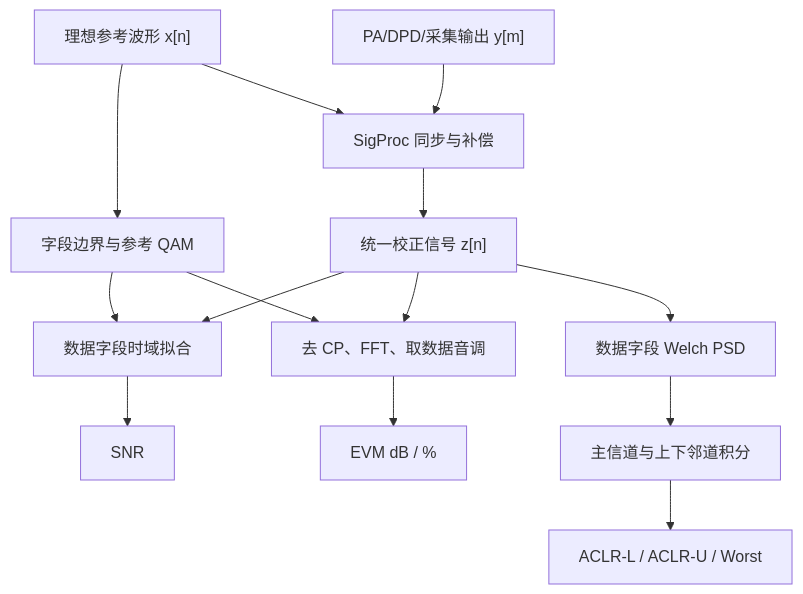
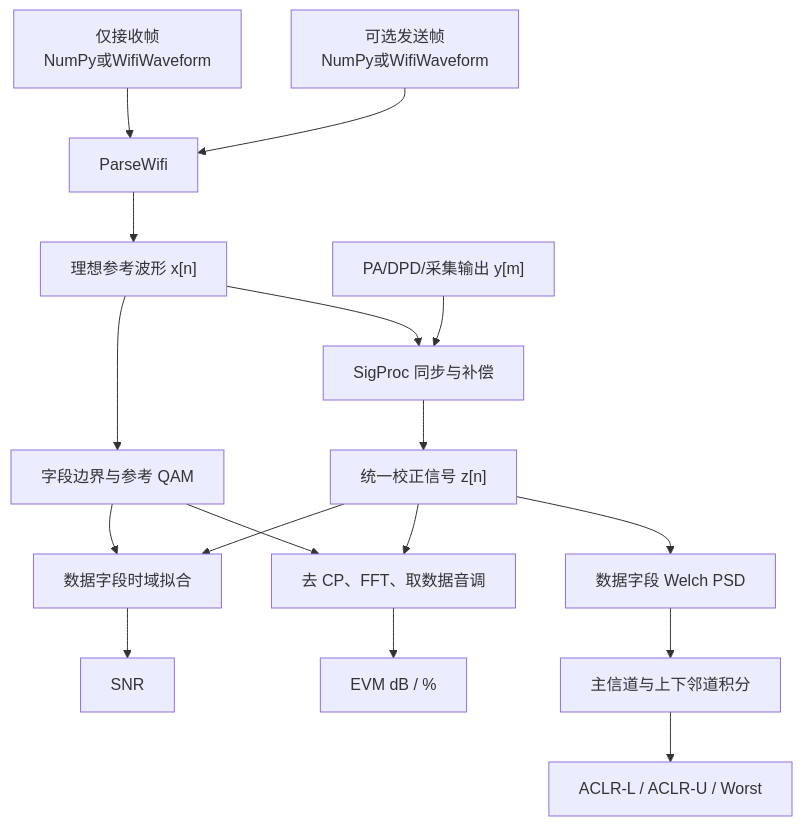
The first of 9 diagrams in doc/Analysis.md (niyilu45/DPD_ILC), drawn with Mermaid before and after one commit. The commit also changed other lines of this file and 11 other files, not shown here.

Commit message:
Add receive-only Wi-Fi waveform analysis

````diff
--- a/doc/Analysis.md
+++ b/doc/Analysis.md
@@ -16,16 +16,19 @@
 ```mermaid
 flowchart TB
+    receiveOnly["仅接收帧<br/>NumPy或WifiWaveform"] --> parser["ParseWifi"]
+    optionalTransmit["可选发送帧<br/>NumPy或WifiWaveform"] --> parser
+    parser --> A
     A["理想参考波形 x[n]"] --> B["字段边界与参考 QAM"]
     C["PA/DPD/采集输出 y[m]"] --> D["SigProc 同步与补偿"]
     A --> D
     D --> corrected["统一校正信号 z[n]"]
     B --> E["数据字段时域拟合"]
     corrected --> E
     E --> F["SNR"]
     B --> G["去 CP、FFT、取数据音调"]
     corrected --> G
     G --> I["EVM dB / %"]
     corrected --> J["数据字段 Welch PSD"]
     J --> K["主信道与上下邻道积分"]
     K --> L["ACLR-L / ACLR-U / Worst"]
 ```
````
